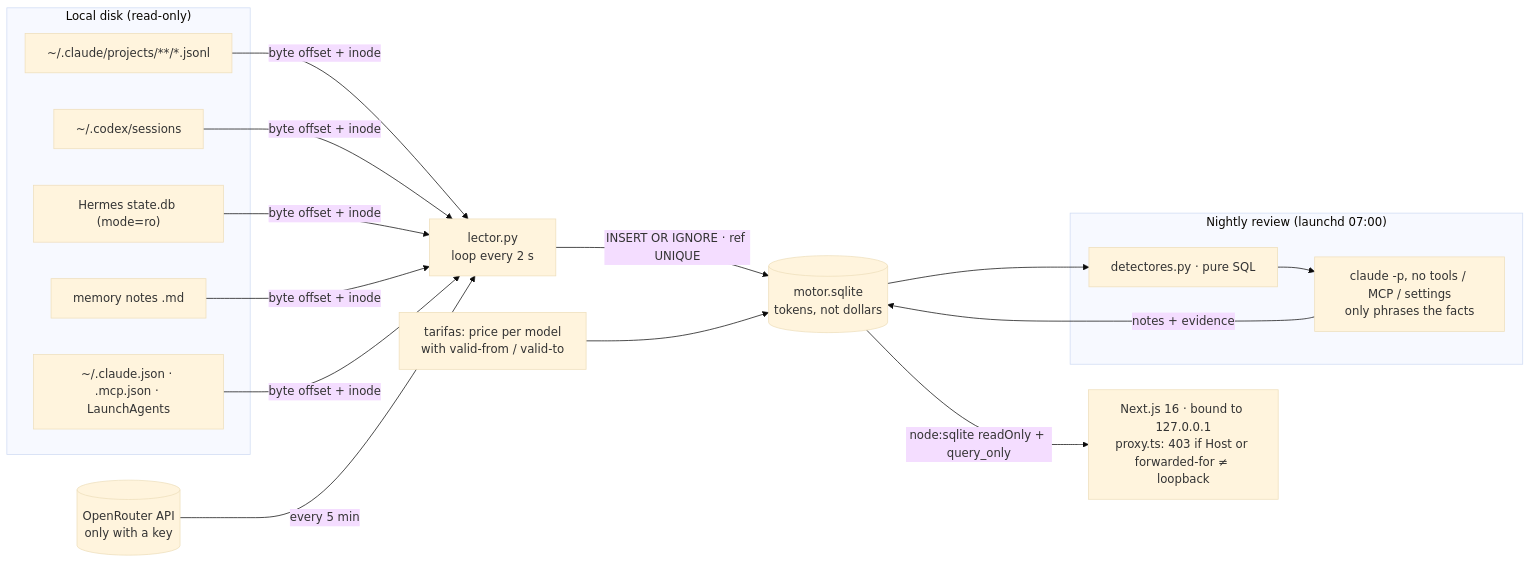
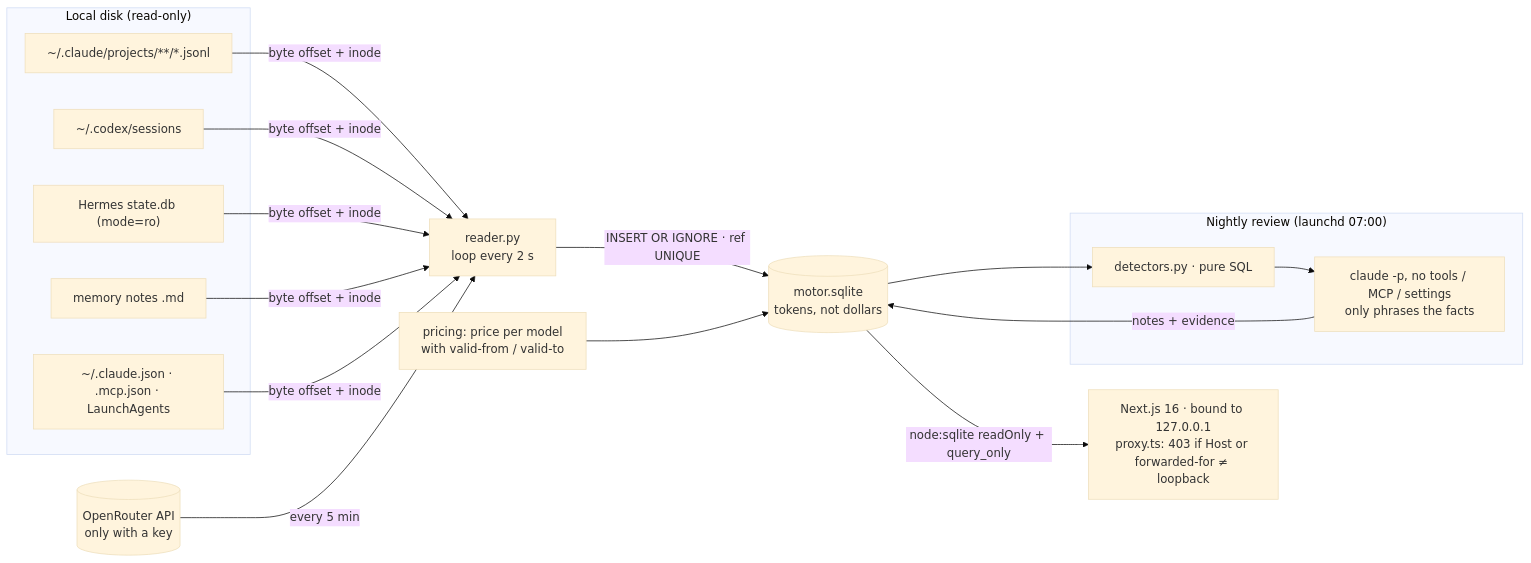
One commit to noelaliaga/motor-agentico-observability changed the diagram in README.md. Above: the diagram before and after it, drawn with Mermaid (base theme). The commit also changed other lines of this file and 2 other files, not shown here.

````diff
--- a/README.md
+++ b/README.md
@@ -60,21 +60,21 @@
 ```mermaid
 flowchart LR
   subgraph disk["Local disk (read-only)"]
     CC["~/.claude/projects/**/*.jsonl"]
     CX["~/.codex/sessions"]
     HM["Hermes state.db (mode=ro)"]
     MEM["memory notes .md"]
     CFG["~/.claude.json · .mcp.json · LaunchAgents"]
   end
   OR[("OpenRouter API<br/>only with a key")]
-  CC & CX & HM & MEM & CFG -->|"byte offset + inode"| L["lector.py<br/>loop every 2 s"]
+  CC & CX & HM & MEM & CFG -->|"byte offset + inode"| L["reader.py<br/>loop every 2 s"]
   OR -->|"every 5 min"| L
   L -->|"INSERT OR IGNORE · ref UNIQUE"| DB[("motor.sqlite<br/>tokens, not dollars")]
-  T["tarifas: price per model<br/>with valid-from / valid-to"] --> DB
+  T["pricing: price per model<br/>with valid-from / valid-to"] --> DB
   DB -->|"node:sqlite readOnly + query_only"| W["Next.js 16 · bound to 127.0.0.1<br/>proxy.ts: 403 if Host or forwarded-for ≠ loopback"]
   subgraph review["Nightly review (launchd 07:00)"]
-    D["detectores.py · pure SQL"] --> R["claude -p, no tools / MCP / settings<br/>only phrases the facts"]
+    D["detectors.py · pure SQL"] --> R["claude -p, no tools / MCP / settings<br/>only phrases the facts"]
   end
   DB --> D
   R -->|"notes + evidence"| DB
 ```
````
